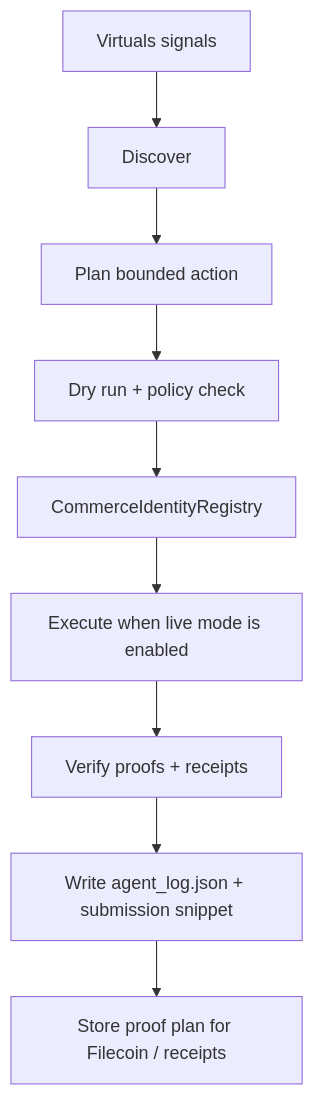
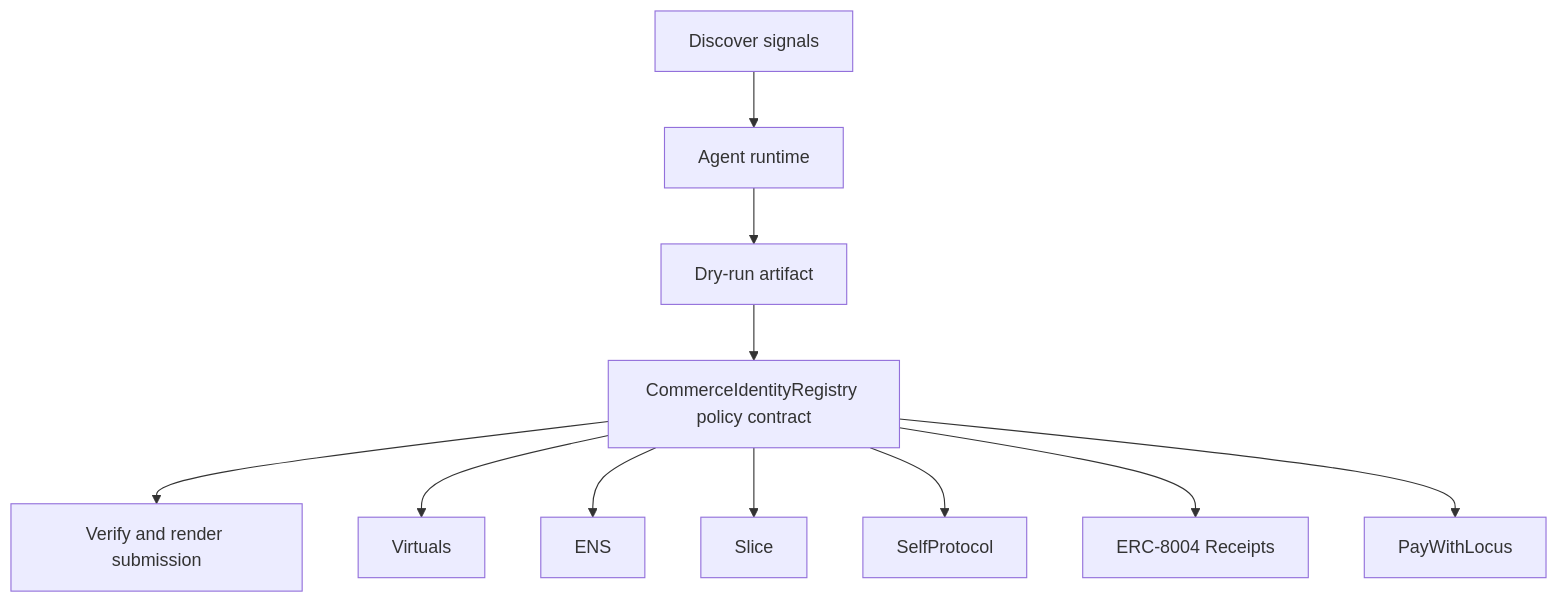
Before and after one commit to CrystallineButterfly/Synthesis-Virtuals: the diagram in README.md, drawn with Mermaid. The commit also changed other lines of this file and 998 other files, not shown here.

Commit message:
Implement bounded agent runtime

````diff
--- a/README.md
+++ b/README.md
@@ -30,11 +26,15 @@
-        ```mermaid
-        flowchart TD
-    Signals[Virtuals signals] --> Discover[Discover]
-    Discover --> Plan[Plan bounded action]
-    Plan --> DryRun[Dry run + policy check]
-    DryRun --> Guard[CommerceIdentityRegistry]
-    Guard --> Execute[Execute when live mode is enabled]
-    Execute --> Verify[Verify proofs + receipts]
-    Verify --> Persist[Write agent_log.json + submission snippet]
-    Persist --> Storage[Store proof plan for Filecoin / receipts]
-        ```
+```mermaid
+flowchart TD
+    Signals[Discover signals]
+    Planner[Agent runtime]
+    DryRun[Dry-run artifact]
+    Contract[CommerceIdentityRegistry policy contract]
+    Verify[Verify and render submission]
+    Signals --> Planner --> DryRun --> Contract --> Verify
+    Contract --> virtuals[Virtuals]
+    Contract --> ens[ENS]
+    Contract --> slice[Slice]
+    Contract --> selfprotocol[SelfProtocol]
+    Contract --> erc_8004_receipts[ERC-8004 Receipts]
+    Contract --> paywithlocus[PayWithLocus]
+```
````
